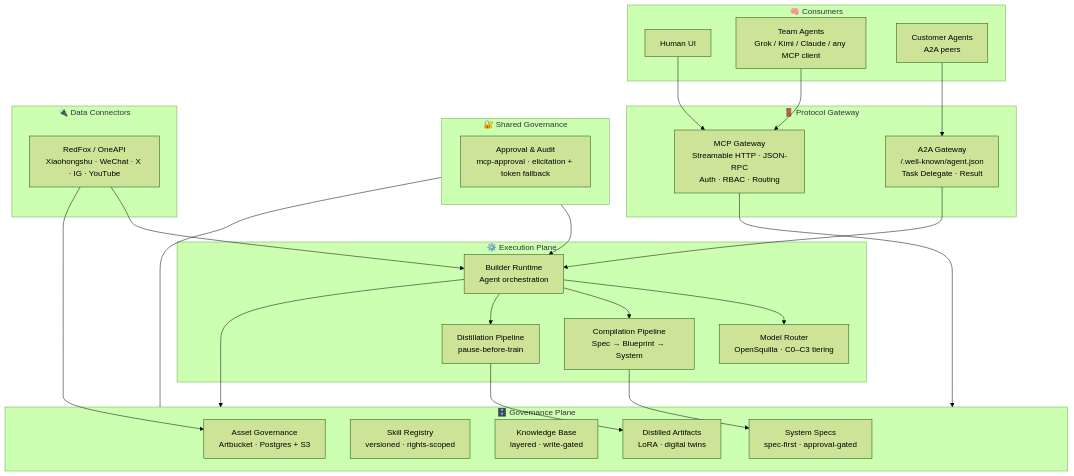
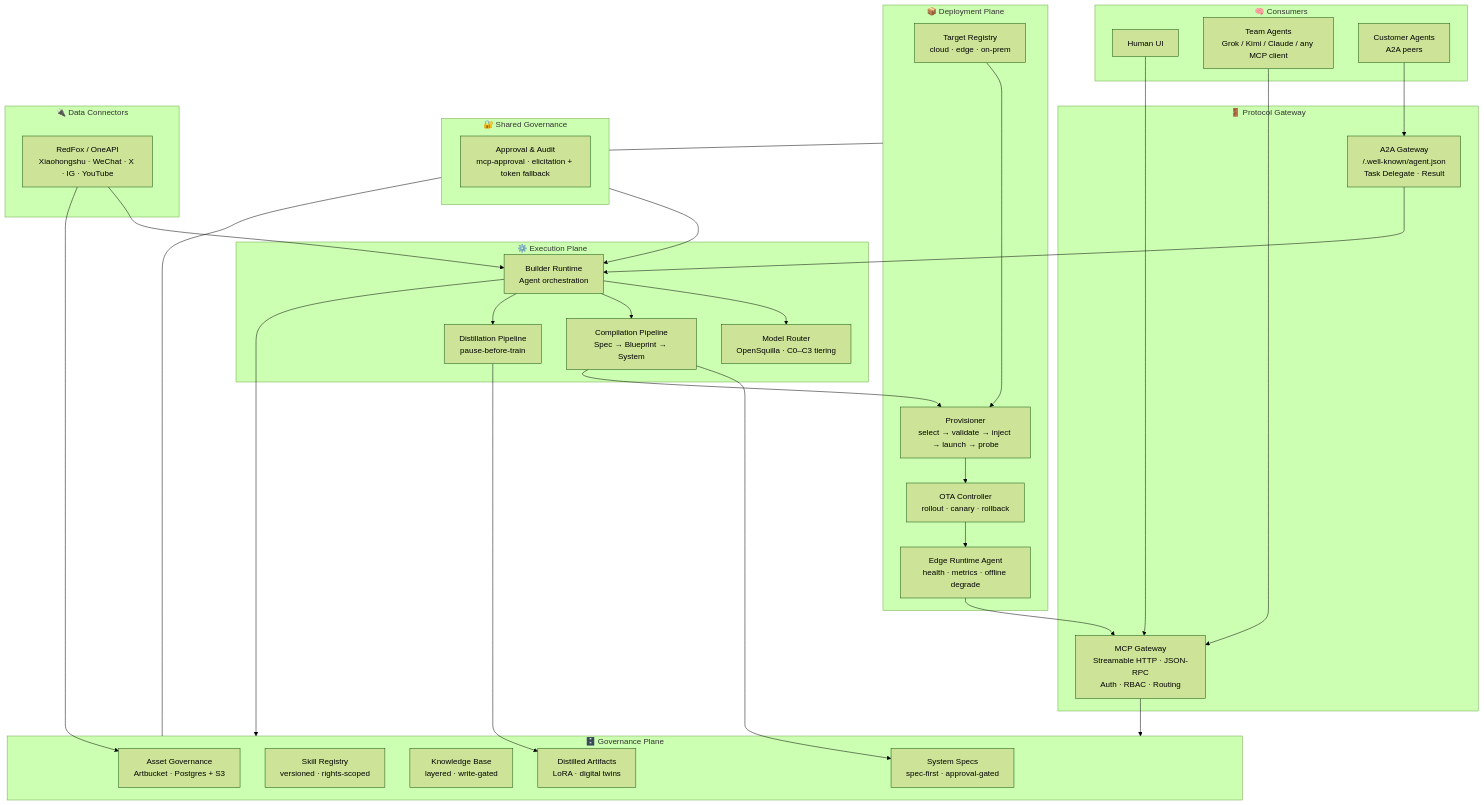
The diagram in README.md (vfvincentwong2026/ai-native-dam), drawn with Mermaid (forest theme) before and after one commit. The commit also changed other lines of this file and 2 other files, not shown here.

First line of the commit message:
docs: Deployment Plane — architecture, 7 asset classes, ADR 0009

````diff
--- a/README.md
+++ b/README.md
@@ -66,52 +68,65 @@
 ```mermaid
 flowchart TB
     subgraph Consumers["🧠 Consumers"]
         HA["Human UI"]
         TA["Team Agents<br/>Grok / Kimi / Claude / any MCP client"]
         CA["Customer Agents<br/>A2A peers"]
     end
 
     subgraph Gateway["🚪 Protocol Gateway"]
         MCP_GW["MCP Gateway<br/>Streamable HTTP · JSON-RPC<br/>Auth · RBAC · Routing"]
         A2A_GW["A2A Gateway<br/>/.well-known/agent.json<br/>Task Delegate · Result"]
     end
 
     subgraph Govern["🗄️ Governance Plane"]
         AB["Asset Governance<br/>Artbucket · Postgres + S3"]
         SR["Skill Registry<br/>versioned · rights-scoped"]
         KB["Knowledge Base<br/>layered · write-gated"]
         SS["System Specs<br/>spec-first · approval-gated"]
         DT["Distilled Artifacts<br/>LoRA · digital twins"]
     end
 
     subgraph Shared["🔐 Shared Governance"]
         AP["Approval & Audit<br/>mcp-approval · elicitation + token fallback"]
     end
 
     subgraph Runtime["⚙️ Execution Plane"]
         BR["Builder Runtime<br/>Agent orchestration"]
         MR["Model Router<br/>OpenSquilla · C0–C3 tiering"]
         CP["Compilation Pipeline<br/>Spec → Blueprint → System"]
         DP["Distillation Pipeline<br/>pause-before-train"]
     end
 
+    subgraph Deploy["📦 Deployment Plane"]
+        TR["Target Registry<br/>cloud · edge · on-prem"]
+        PV["Provisioner<br/>select → validate → inject → launch → probe"]
+        OTA["OTA Controller<br/>rollout · canary · rollback"]
+        ERA["Edge Runtime Agent<br/>health · metrics · offline degrade"]
+    end
+
     subgraph Connectors["🔌 Data Connectors"]
         RF["RedFox / OneAPI<br/>Xiaohongshu · WeChat · X · IG · YouTube"]
     end
 
     HA --> MCP_GW
     TA --> MCP_GW
     CA --> A2A_GW
     MCP_GW --> Govern
     A2A_GW --> BR
     Govern --- Shared
     Shared --> BR
     BR --> MR
     BR --> CP
     BR --> DP
     CP --> SS
     DP --> DT
     BR --> Govern
+    CP --> PV
+    TR --> PV
+    PV --> OTA
+    OTA --> ERA
+    ERA --> MCP_GW
+    Deploy --- Shared
     RF --> BR
     RF --> AB
 ```
````
